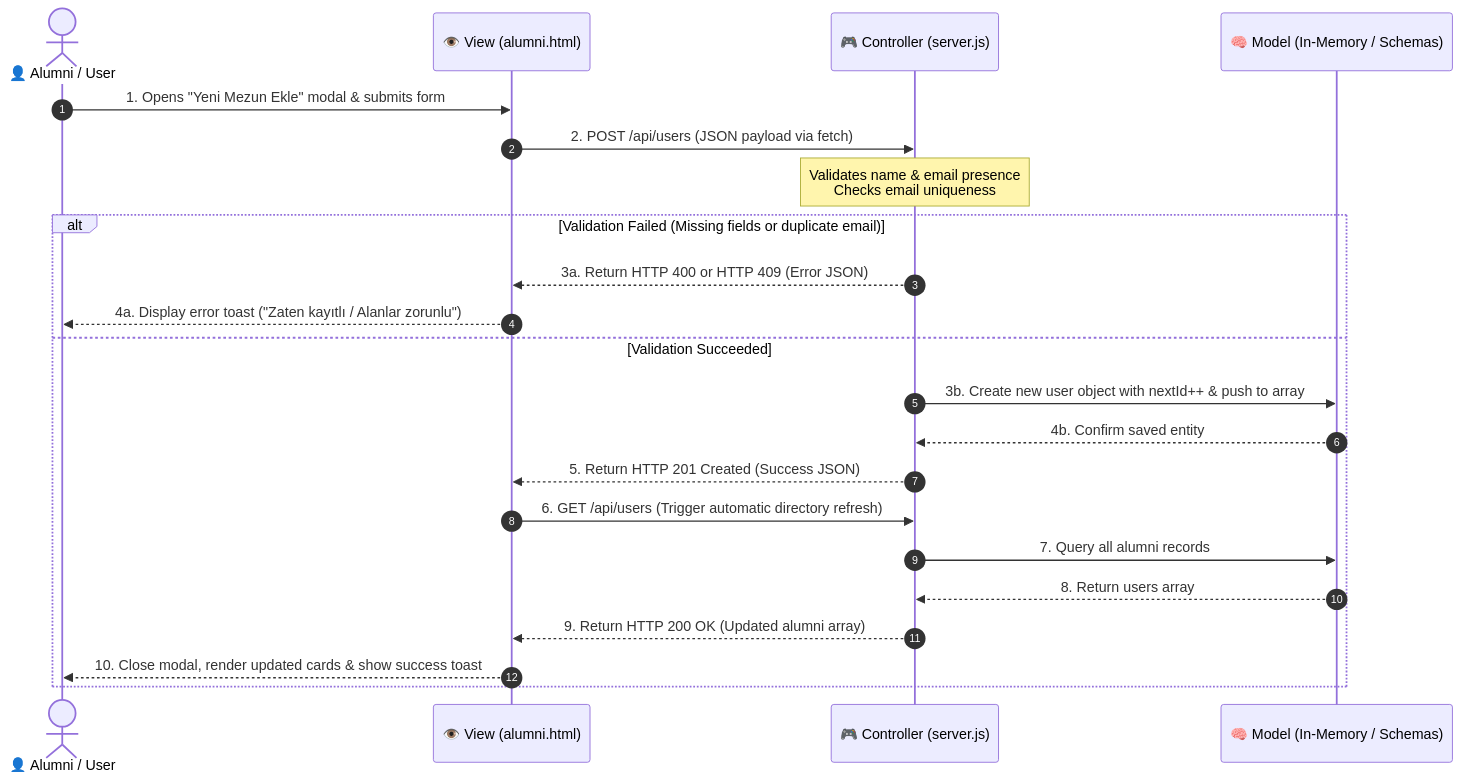
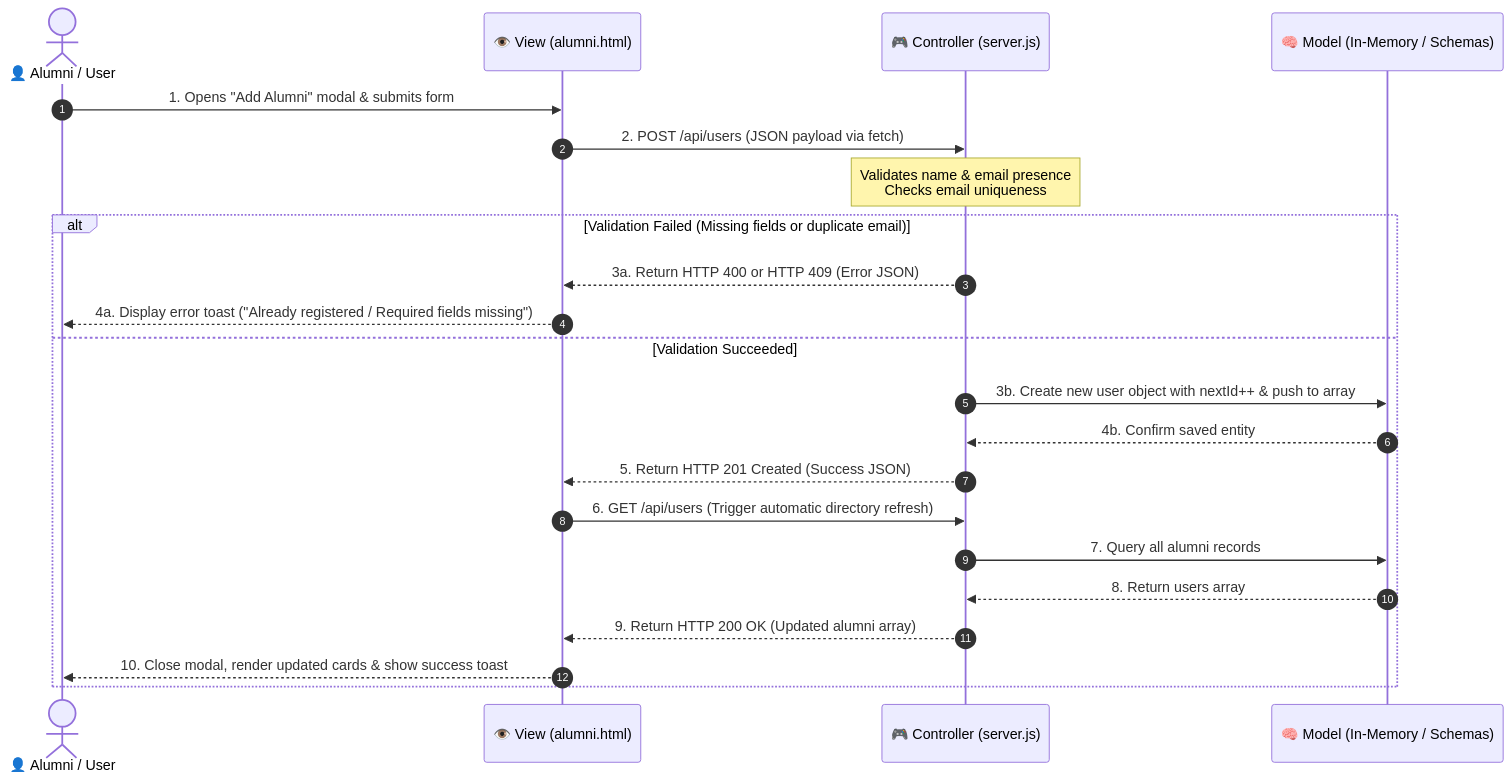
The third of 4 diagrams in README.md (mehmetrasid0/Alumni), drawn with Mermaid before and after one commit. The commit also changed other lines of this file and 1 other file, not shown here.

````diff
--- a/README.md
+++ b/README.md
@@ -279,25 +287,25 @@
 ```mermaid
 sequenceDiagram
     autonumber
     actor User as 👤 Alumni / User
     participant View as 👁️ View (alumni.html)
     participant Controller as 🎮 Controller (server.js)
     participant Model as 🧠 Model (In-Memory / Schemas)
 
-    User->>View: 1. Opens "Yeni Mezun Ekle" modal & submits form
+    User->>View: 1. Opens "Add Alumni" modal & submits form
     View->>Controller: 2. POST /api/users (JSON payload via fetch)
     Note over Controller: Validates name & email presence<br/>Checks email uniqueness
     alt Validation Failed (Missing fields or duplicate email)
         Controller-->>View: 3a. Return HTTP 400 or HTTP 409 (Error JSON)
-        View-->>User: 4a. Display error toast ("Zaten kayıtlı / Alanlar zorunlu")
+        View-->>User: 4a. Display error toast ("Already registered / Required fields missing")
     else Validation Succeeded
         Controller->>Model: 3b. Create new user object with nextId++ & push to array
         Model-->>Controller: 4b. Confirm saved entity
         Controller-->>View: 5. Return HTTP 201 Created (Success JSON)
         View->>Controller: 6. GET /api/users (Trigger automatic directory refresh)
         Controller->>Model: 7. Query all alumni records
         Model-->>Controller: 8. Return users array
         Controller-->>View: 9. Return HTTP 200 OK (Updated alumni array)
         View-->>User: 10. Close modal, render updated cards & show success toast
     end
 ```
````
